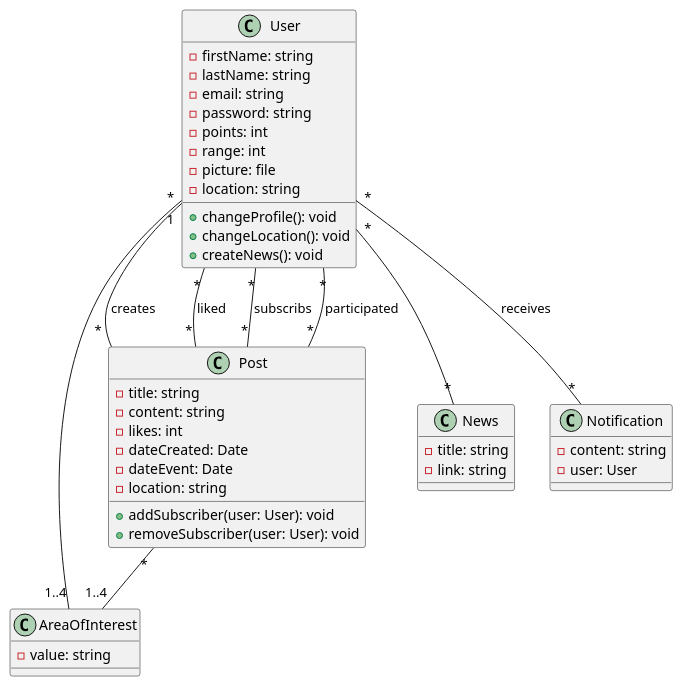
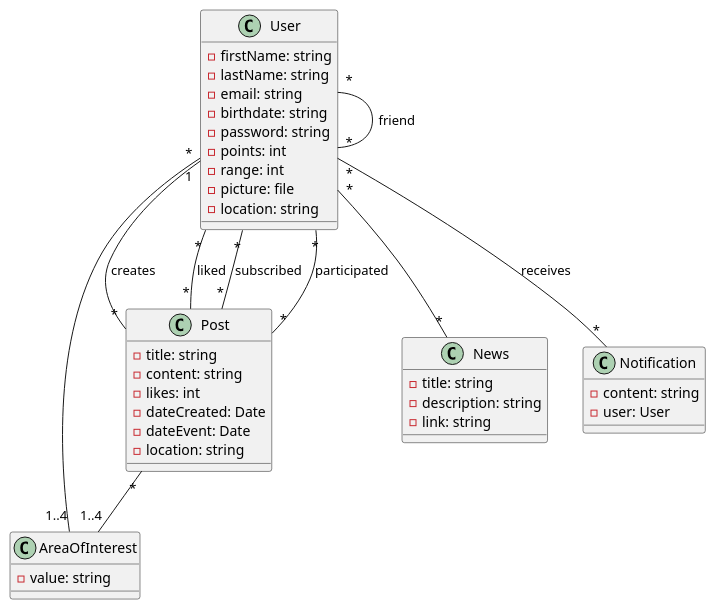
One commit to GoncaloMatias1/ES_Project2 changed the diagram in Resources/umlClasses.plantuml. Above: the diagram before and after it, drawn with PlantUML.

Commit message:
Made some changes in the class uml

```diff
--- a/Resources/umlClasses.plantuml
+++ b/Resources/umlClasses.plantuml
@@ -1,53 +1,51 @@
 @startuml App
 'Location stores the coordinates'
 class User {
     - firstName: string
     - lastName: string
     - email: string
+    - birthdate: string
     - password: string
     - points: int
     - range: int
     - picture: file
     - location: string
-    + changeProfile(): void
-    + changeLocation(): void
-    + createNews(): void
 }
 
 class AreaOfInterest {
     - value: string
 }
 
 class Post {
     - title: string
     - content: string
     - likes: int
     - dateCreated: Date
     - dateEvent: Date
     - location: string
-    + addSubscriber(user: User): void
-    + removeSubscriber(user: User): void
 }
 
 class News {
     - title: string
+    - description: string
     - link: string
 }
 
 class Notification {
     - content: string
     - user: User
 }
 
 
+User "*" -- "*" User: friend
 User "*" -- "*" News
 'A post can have more than one creator'
 User "1" -- "*" Post: creates
 User "*" -- "*" Post: liked
 User "*" -- "*" Notification: receives
 User "*" -- "1..4" AreaOfInterest
 Post "*" -- "1..4" AreaOfInterest
-User "*" -- "*" Post: subscribs
+User "*" -- "*" Post: subscribed
 User "*" -- "*" Post: participated
 
 @enduml
```
